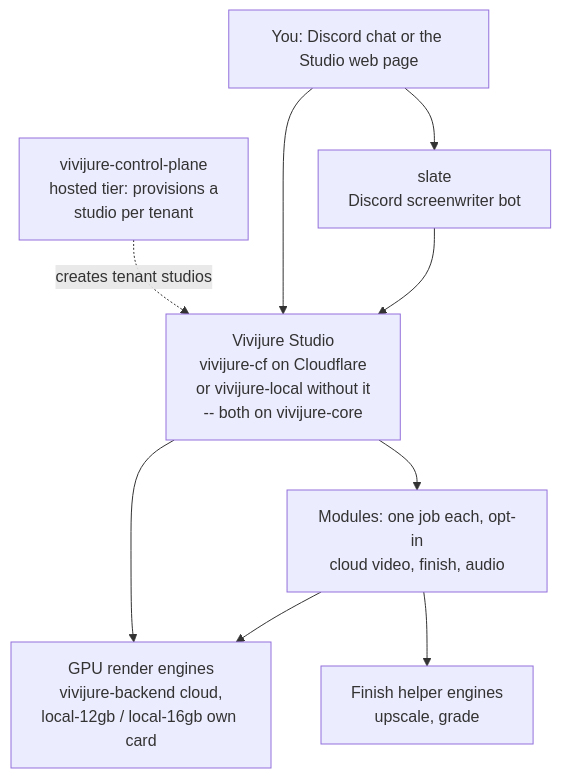
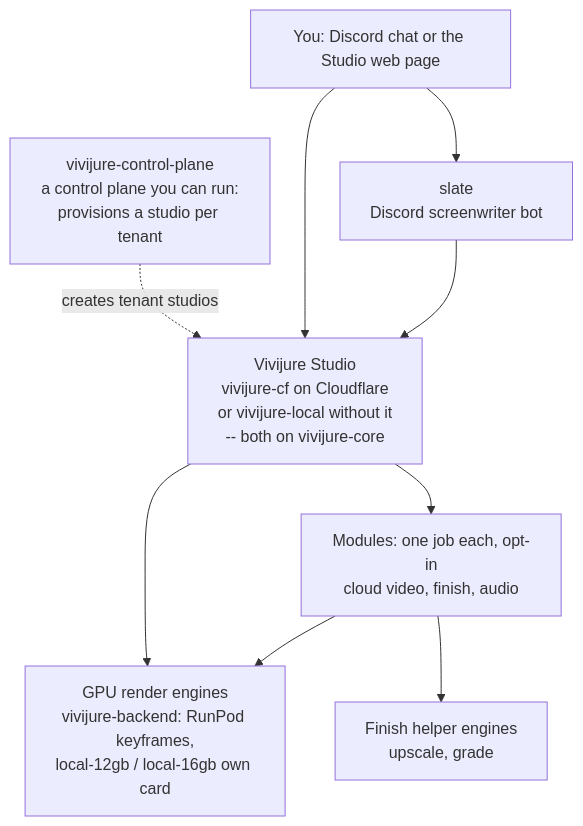
The first of 2 diagrams in README.md (skyphusion-labs/vivijure), drawn with Mermaid before and after one commit. The commit also changed other lines of this file and 3 other files, not shown here.

````diff
--- a/README.md
+++ b/README.md
@@ -37,19 +37,19 @@
 ```mermaid
 flowchart TD
     you[You: Discord chat or the Studio web page]
     slate[slate<br/>Discord screenwriter bot]
     studio[Vivijure Studio<br/>vivijure-cf on Cloudflare<br/>or vivijure-local without it<br/>-- both on vivijure-core]
     modules[Modules: one job each, opt-in<br/>cloud video, finish, audio]
-    gpu[GPU render engines<br/>vivijure-backend cloud,<br/>local-12gb / local-16gb own card]
+    gpu[GPU render engines<br/>vivijure-backend: RunPod keyframes,<br/>local-12gb / local-16gb own card]
     finish[Finish helper engines<br/>upscale, grade]
 
-    hosted[vivijure-control-plane<br/>hosted tier: provisions a<br/>studio per tenant]
+    hosted[vivijure-control-plane<br/>a control plane you can run:<br/>provisions a studio per tenant]
 
     you --> slate --> studio
     you --> studio
     hosted -. creates tenant studios .-> studio
     studio --> modules
     modules --> gpu
     modules --> finish
     studio --> gpu
 ```
````
